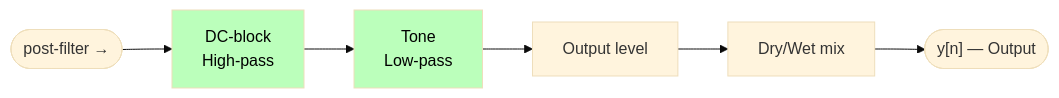
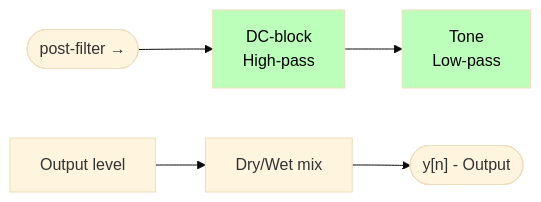
One commit to slivshits/DSP-PROJ changed the second of 2 diagrams in report.md. Above: the diagram before and after it, drawn with Mermaid (base theme). The commit also changed other lines of this file and 8 other files, not shown here.

````diff
--- a/report.md
+++ b/report.md
@@ -75,11 +53,11 @@
 ```mermaid
 flowchart LR
     Z(["post-filter →"]) --> F["DC-block\nHigh-pass"]
     F --> G["Tone\nLow-pass"]
-    G --> H["Output level"]
+    H["Output level"]
     H --> I["Dry/Wet mix"]
-    I --> J(["y[n] — Output"])
+    I --> J(["y[n] - Output"])
 
     style F fill:#bfb,color:#000
     style G fill:#bfb,color:#000
 ```
````
